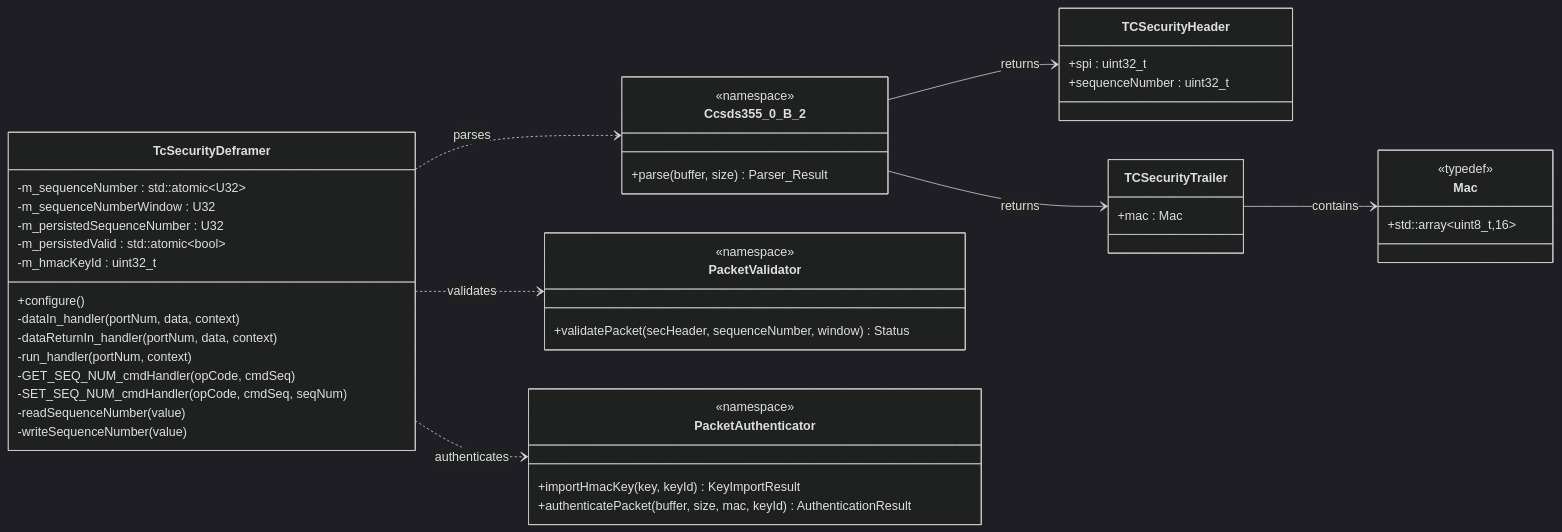
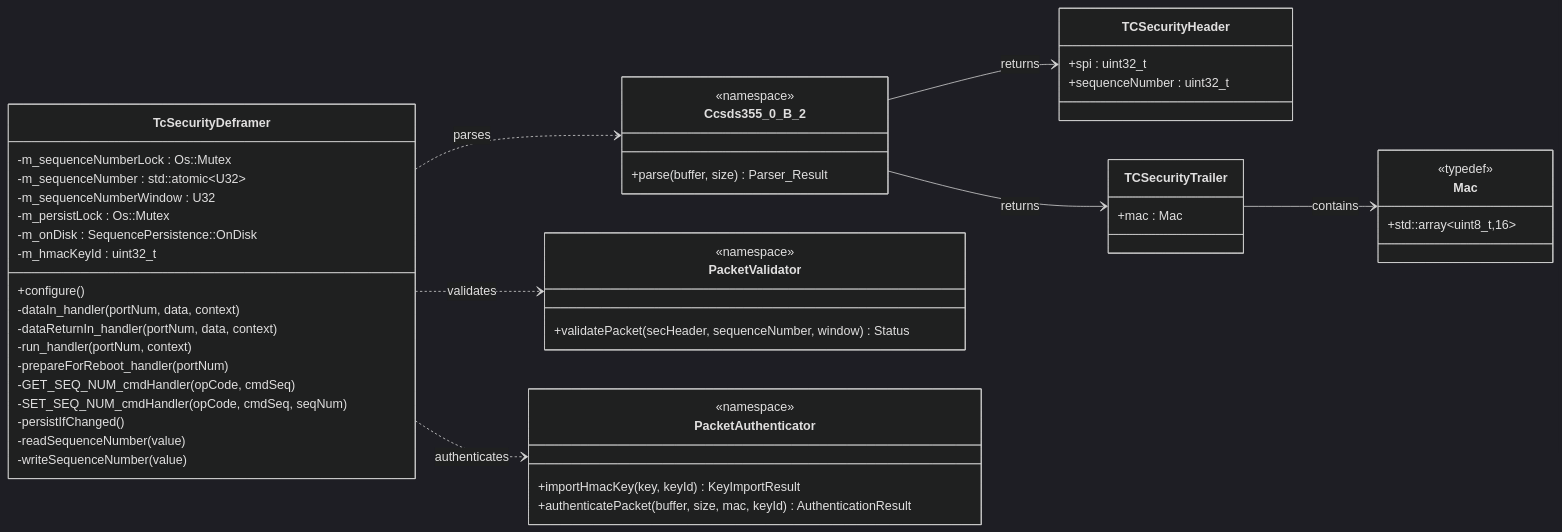
Before and after one commit to Open-Source-Space-Foundation/proves-core-reference: the diagram in docs-site/components/TcSecurityDeframer.md, drawn with Mermaid (dark theme). The commit also changed other lines of this file and 7 other files, not shown here.

````diff
--- a/docs-site/components/TcSecurityDeframer.md
+++ b/docs-site/components/TcSecurityDeframer.md
@@ -28,57 +28,60 @@
 ```mermaid
 classDiagram
 direction LR
 
 class TcSecurityDeframer {
   +configure()
   -dataIn_handler(portNum, data, context)
   -dataReturnIn_handler(portNum, data, context)
   -run_handler(portNum, context)
+  -prepareForReboot_handler(portNum)
   -GET_SEQ_NUM_cmdHandler(opCode, cmdSeq)
   -SET_SEQ_NUM_cmdHandler(opCode, cmdSeq, seqNum)
+  -persistIfChanged()
   -readSequenceNumber(value)
   -writeSequenceNumber(value)
+  -m_sequenceNumberLock : Os::Mutex
   -m_sequenceNumber : std::atomic~U32~
   -m_sequenceNumberWindow : U32
-  -m_persistedSequenceNumber : U32
-  -m_persistedValid : std::atomic~bool~
+  -m_persistLock : Os::Mutex
+  -m_onDisk : SequencePersistence::OnDisk
   -m_hmacKeyId : uint32_t
 }
 
 class Ccsds355_0_B_2 {
   <<namespace>>
   +parse(buffer, size) Parser_Result
 }
 
 class PacketValidator {
   <<namespace>>
   +validatePacket(secHeader, sequenceNumber, window) Status
 }
 
 class PacketAuthenticator {
   <<namespace>>
   +importHmacKey(key, keyId) KeyImportResult
   +authenticatePacket(buffer, size, mac, keyId) AuthenticationResult
 }
 
 class TCSecurityHeader {
   +spi : uint32_t
   +sequenceNumber : uint32_t
 }
 
 class TCSecurityTrailer {
   +mac : Mac
 }
 
 class Mac {
   <<typedef>>
   +std::array~uint8_t,16~
 }
 
 TcSecurityDeframer ..> Ccsds355_0_B_2 : parses
 TcSecurityDeframer ..> PacketValidator : validates
 TcSecurityDeframer ..> PacketAuthenticator : authenticates
 Ccsds355_0_B_2 --> TCSecurityHeader : returns
 Ccsds355_0_B_2 --> TCSecurityTrailer : returns
 TCSecurityTrailer --> Mac : contains
 ```
````
